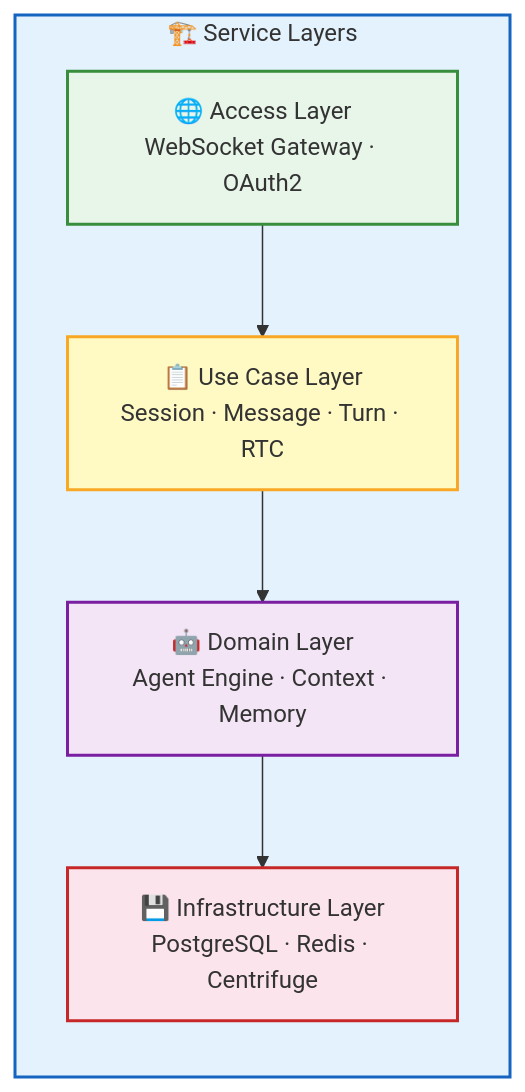
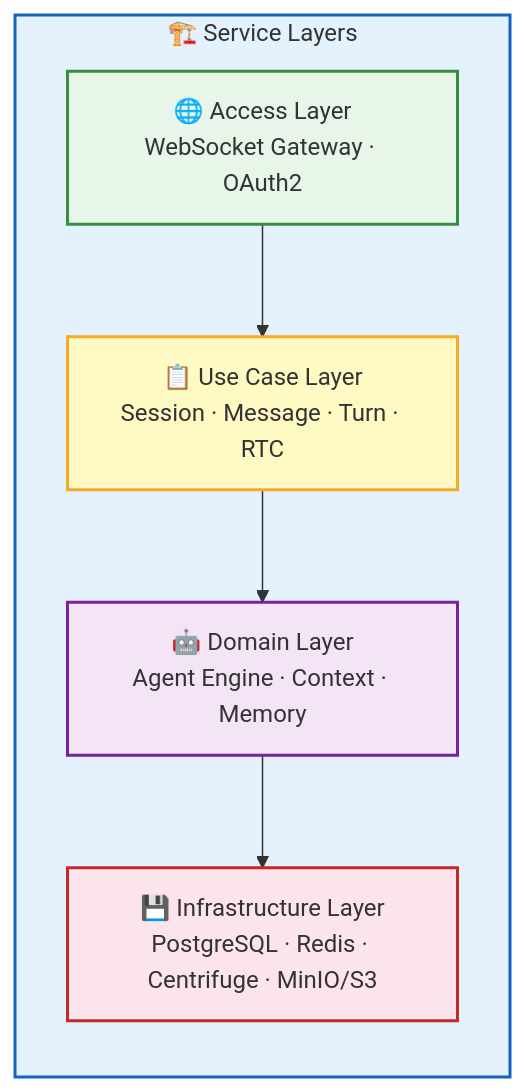
The first of 14 diagrams in src/content/docs/en/architecture/backend.md (rtc-agent/docs), drawn with Mermaid before and after one commit. The commit also changed other lines of this file and 1 other file, not shown here.

First line of the commit message:
docs(architecture): add OSS3 storage layer and multimodal capabilities

````diff
--- a/src/content/docs/en/architecture/backend.md
+++ b/src/content/docs/en/architecture/backend.md
@@ -10,18 +10,18 @@
 ```mermaid
 flowchart TD
     subgraph LAYERS["🏗️ Service Layers"]
         direction TB
         L1["🌐 Access Layer<br/>WebSocket Gateway · OAuth2"]
         L2["📋 Use Case Layer<br/>Session · Message · Turn · RTC"]
         L3["🤖 Domain Layer<br/>Agent Engine · Context · Memory"]
-        L4["💾 Infrastructure Layer<br/>PostgreSQL · Redis · Centrifuge"]
+        L4["💾 Infrastructure Layer<br/>PostgreSQL · Redis · Centrifuge · MinIO/S3"]
     end
 
     L1 --> L2 --> L3 --> L4
 
     style LAYERS fill:#e3f2fd,stroke:#1565c0,stroke-width:2px
     style L1 fill:#e8f5e9,stroke:#388e3c,stroke-width:2px
     style L2 fill:#fff9c4,stroke:#f9a825,stroke-width:2px
     style L3 fill:#f3e5f5,stroke:#7b1fa2,stroke-width:2px
     style L4 fill:#fce4ec,stroke:#c62828,stroke-width:2px
 ```
````
